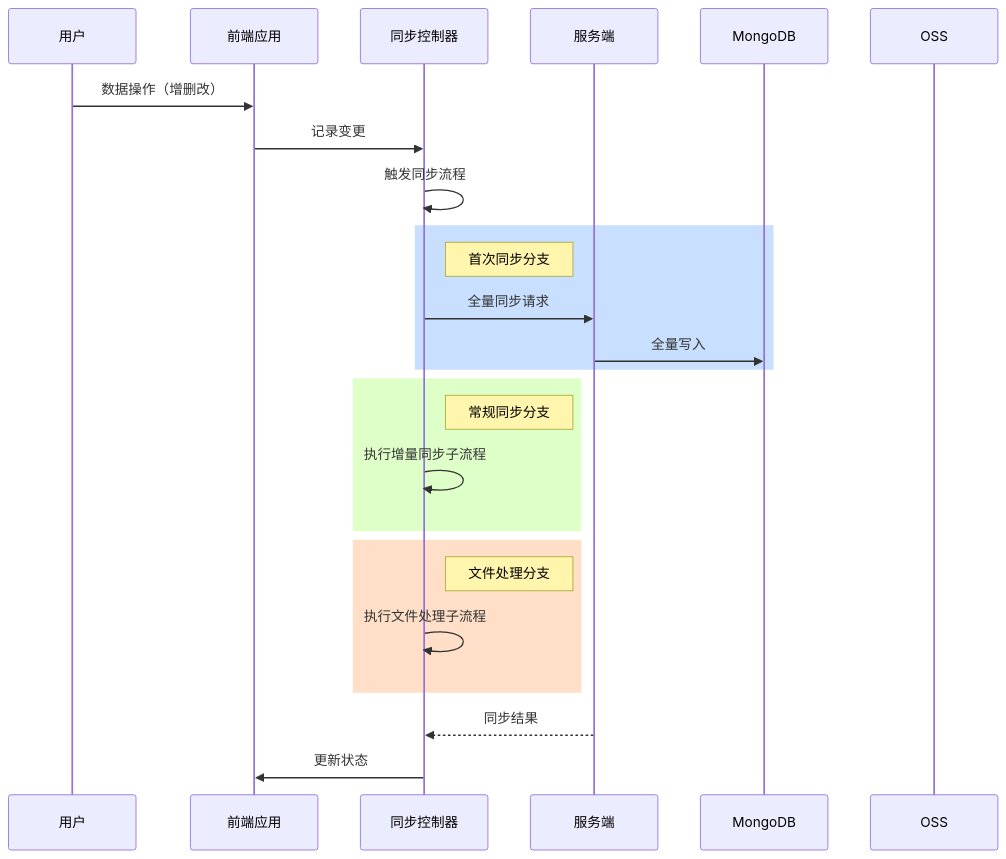
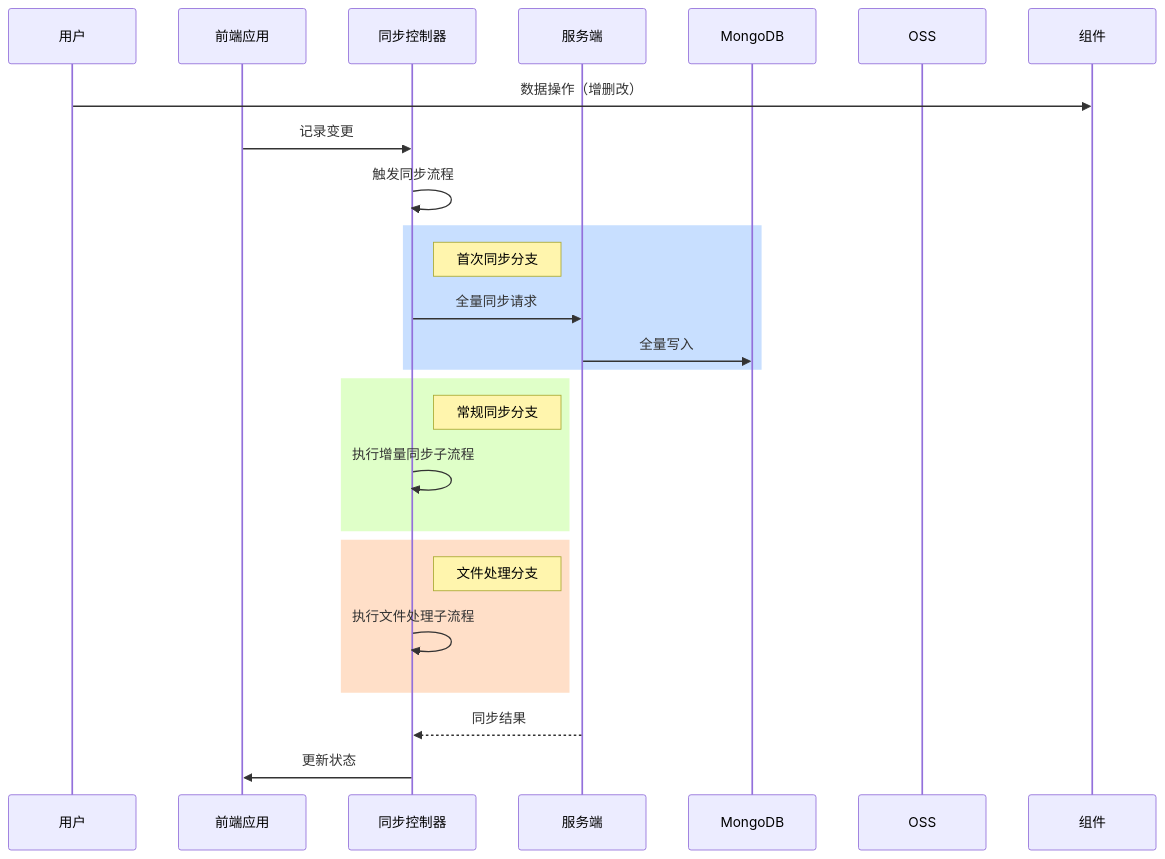
Before and after one commit to yingjianzh/iodraw-files: the diagram in all/未命名-24.md, drawn with Mermaid.

Commit message:
2025-02-21 18:20:31 update

````diff
--- a/all/未命名-24.md
+++ b/all/未命名-24.md
@@ -1,32 +1,32 @@
 ```mermaid
 sequenceDiagram
     participant 用户
     participant 前端应用
     participant 同步控制器
     participant 服务端
     participant MongoDB
     participant OSS
 
-    用户->>前端应用: 数据操作（增删改）
+    用户->>组件: 数据操作（增删改）
     前端应用->>同步控制器: 记录变更
     同步控制器->>同步控制器: 触发同步流程
     
     rect rgb(200,223,255)
     Note right of 同步控制器: 首次同步分支
     同步控制器->>服务端: 全量同步请求
     服务端->>MongoDB: 全量写入
     end
 
     rect rgb(223,255,200)
     Note right of 同步控制器: 常规同步分支
     同步控制器->>同步控制器: 执行增量同步子流程
     end
 
     rect rgb(255,223,200)
     Note right of 同步控制器: 文件处理分支
     同步控制器->>同步控制器: 执行文件处理子流程
     end
 
     服务端-->>同步控制器: 同步结果
     同步控制器->>前端应用: 更新状态
 ```
````
